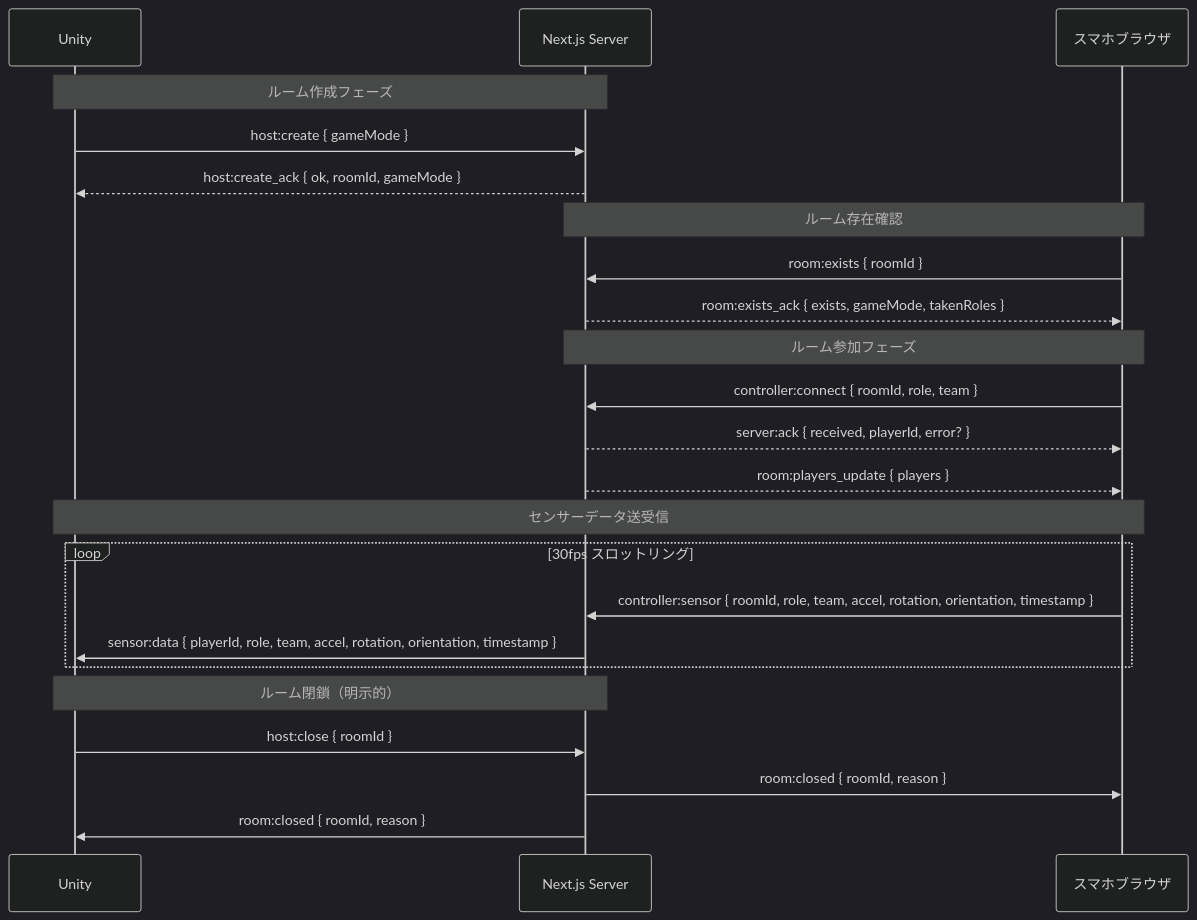
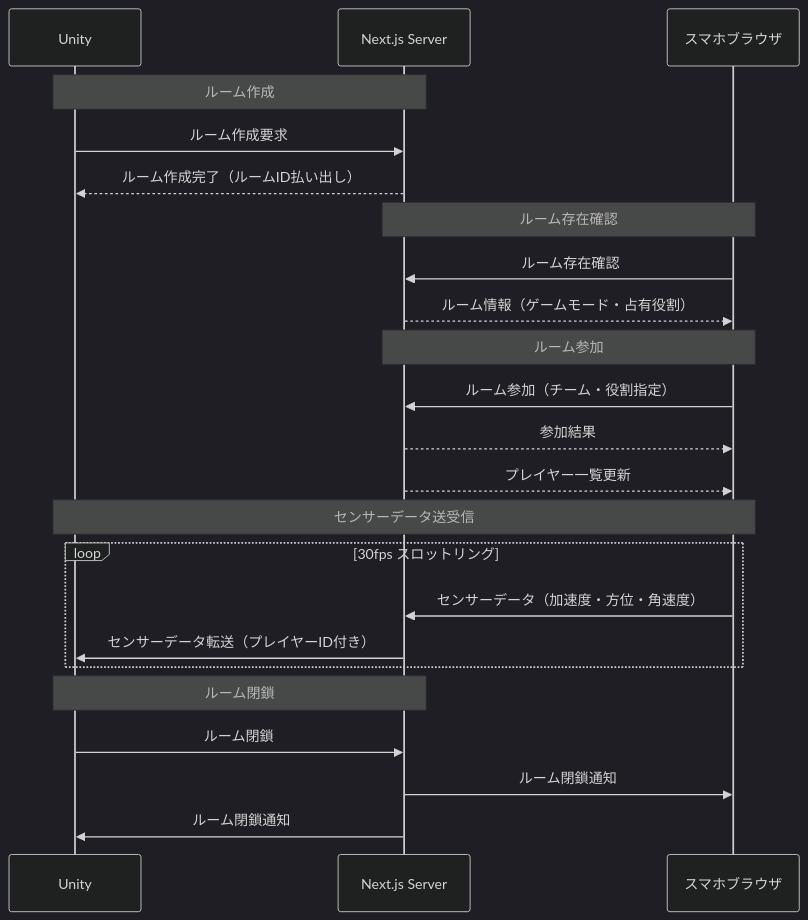
The second of 2 diagrams in docs/03_Architecture.md (guriguri00451/alounity), drawn with Mermaid (dark theme) before and after one commit. The commit also changed other lines of this file, not shown here.

Commit message:
fix: 通信フローの説明を日本語に修正

````diff
--- a/docs/03_Architecture.md
+++ b/docs/03_Architecture.md
@@ -57,30 +57,30 @@
 ```mermaid
 sequenceDiagram
     participant U as Unity
     participant S as Next.js Server
     participant P as スマホブラウザ
 
-    Note over U,S: ルーム作成フェーズ
-    U->>S: host:create { gameMode }
-    S-->>U: host:create_ack { ok, roomId, gameMode }
+    Note over U,S: ルーム作成
+    U->>S: ルーム作成要求
+    S-->>U: ルーム作成完了（ルームID払い出し）
 
     Note over P,S: ルーム存在確認
-    P->>S: room:exists { roomId }
-    S-->>P: room:exists_ack { exists, gameMode, takenRoles }
+    P->>S: ルーム存在確認
+    S-->>P: ルーム情報（ゲームモード・占有役割）
 
-    Note over P,S: ルーム参加フェーズ
-    P->>S: controller:connect { roomId, role, team }
-    S-->>P: server:ack { received, playerId, error? }
-    S-->>P: room:players_update { players }
+    Note over P,S: ルーム参加
+    P->>S: ルーム参加（チーム・役割指定）
+    S-->>P: 参加結果
+    S-->>P: プレイヤー一覧更新
 
     Note over P,U: センサーデータ送受信
     loop 30fps スロットリング
-        P->>S: controller:sensor { roomId, role, team, accel, rotation, orientation, timestamp }
-        S->>U: sensor:data { playerId, role, team, accel, rotation, orientation, timestamp }
+        P->>S: センサーデータ（加速度・方位・角速度）
+        S->>U: センサーデータ転送（プレイヤーID付き）
     end
 
-    Note over U,S: ルーム閉鎖（明示的）
-    U->>S: host:close { roomId }
-    S->>P: room:closed { roomId, reason }
-    S->>U: room:closed { roomId, reason }
+    Note over U,S: ルーム閉鎖
+    U->>S: ルーム閉鎖
+    S->>P: ルーム閉鎖通知
+    S->>U: ルーム閉鎖通知
 ```
````
